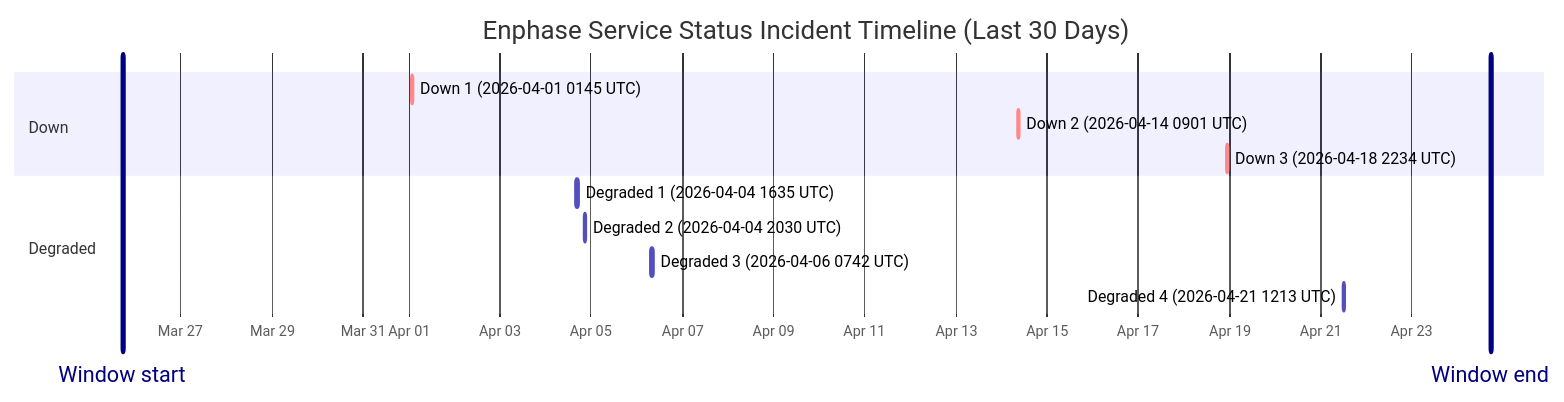
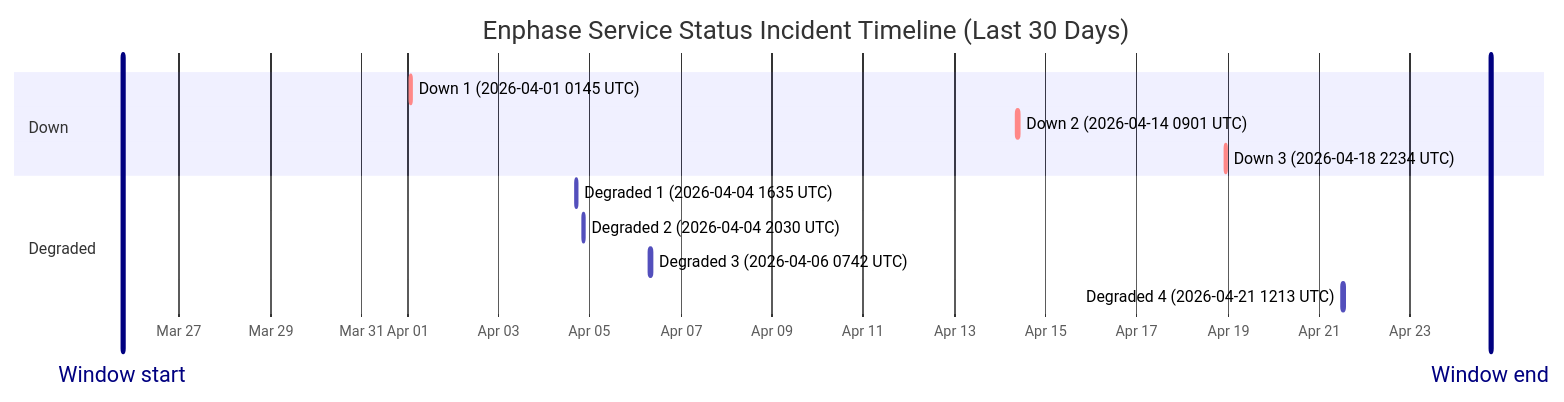
The diagram in wiki/Service-Status-History.md (barneyonline/ha-enphase-ev-charger), drawn with Mermaid before and after one commit. The commit also changed other lines of this file and 3 other files, not shown here.

````diff
--- a/wiki/Service-Status-History.md
+++ b/wiki/Service-Status-History.md
@@ -14,17 +14,17 @@
 ```mermaid
 gantt
     title Enphase Service Status Incident Timeline (Last 30 Days)
     dateFormat  YYYY-MM-DDTHH:mm:ss
     axisFormat  %b %d
-    Window start :vert, window-start, 2026-03-25T17:29:31, 0ms
-    Window end :vert, window-end, 2026-04-24T17:29:31, 0ms
+    Window start :vert, window-start, 2026-03-25T18:07:40, 0ms
+    Window end :vert, window-end, 2026-04-24T18:07:40, 0ms
     section Down
     Down 1 (2026-04-01 0145 UTC) :crit, down-1, 2026-04-01T01:45:09, 60m
     Down 2 (2026-04-14 0901 UTC) :crit, down-2, 2026-04-14T09:01:13, 60m
     Down 3 (2026-04-18 2234 UTC) :crit, down-3, 2026-04-18T22:34:13, 60m
     section Degraded
     Degraded 1 (2026-04-04 1635 UTC) :active, degraded-1, 2026-04-04T16:35:17, 60m
     Degraded 2 (2026-04-04 2030 UTC) :active, degraded-2, 2026-04-04T20:30:40, 60m
     Degraded 3 (2026-04-06 0742 UTC) :active, degraded-3, 2026-04-06T07:42:09, 85m
     Degraded 4 (2026-04-21 1213 UTC) :active, degraded-4, 2026-04-21T12:13:11, 60m
 ```
````
